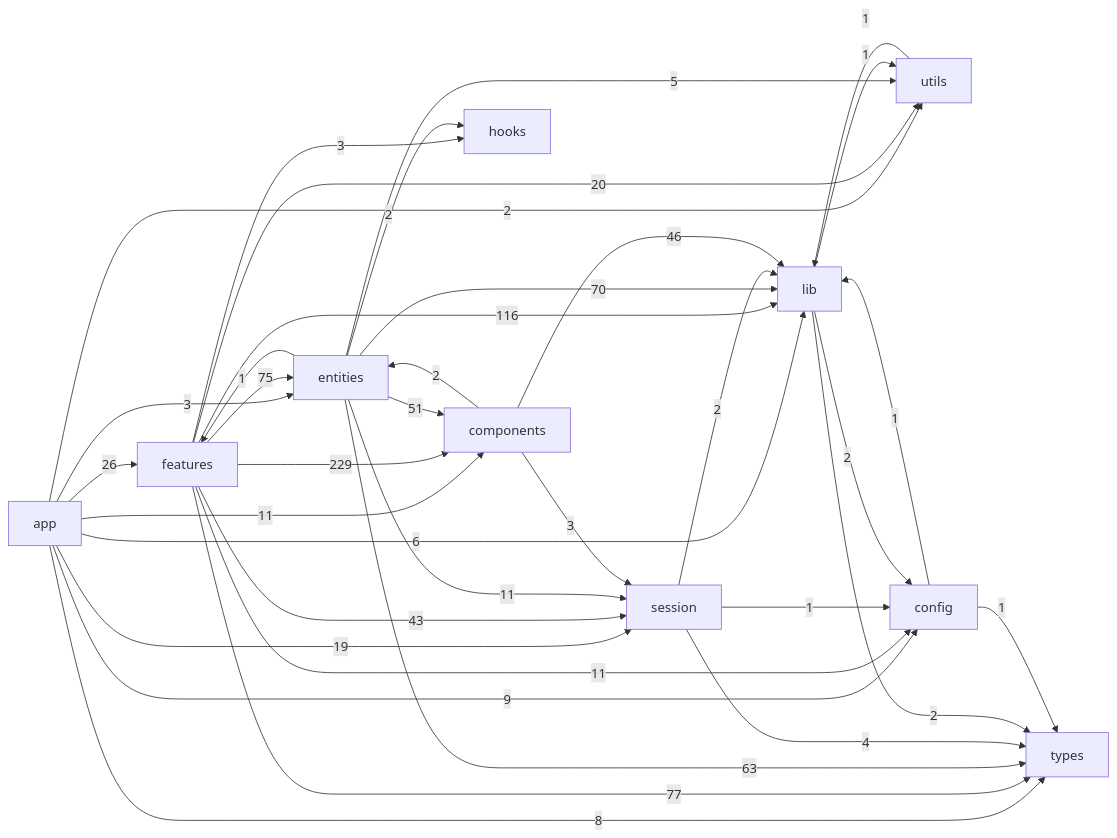
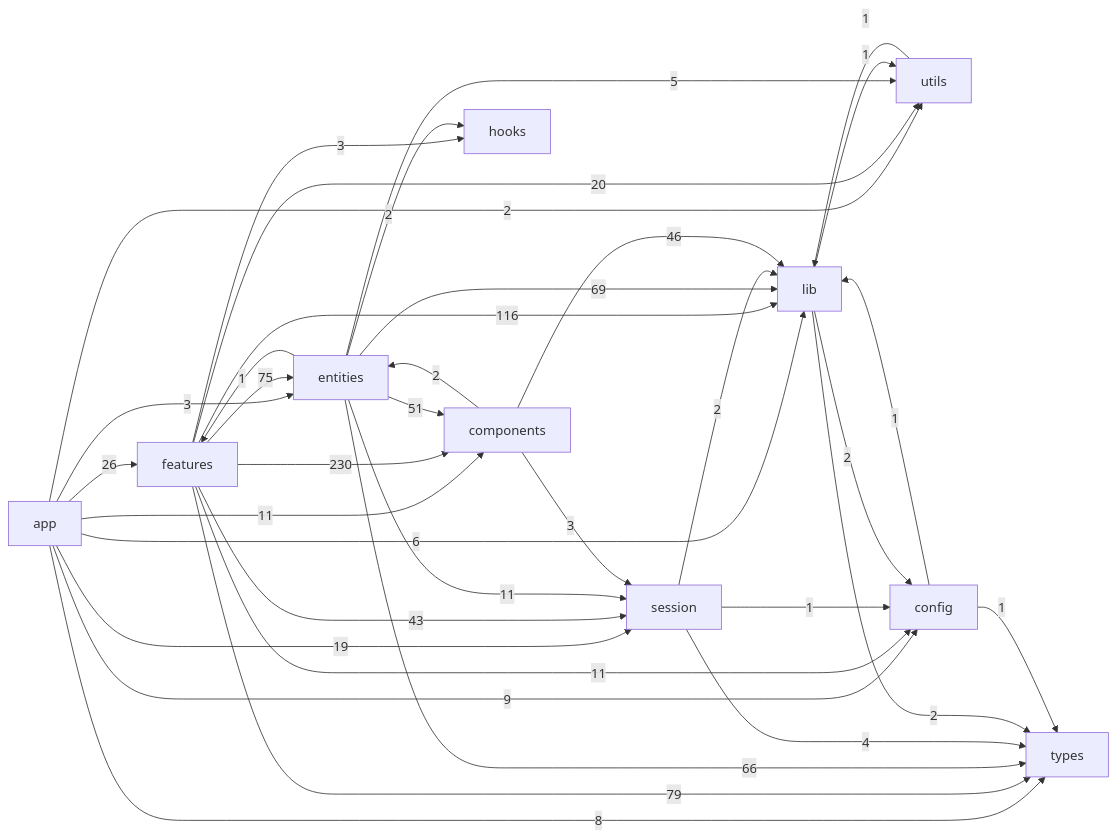
One commit to JohnnyZhao2/LMS changed the diagram in lms_frontend/docs/generated/feature-dependency-graph.md. Above: the diagram before and after it, drawn with Mermaid. The commit also changed other lines of this file, not shown here.

Commit message:
fix(docs): 更新特性依赖图中的组件和类型引用 - 修正了特性依赖图中组件和类型的引用数量，确保文档的准确性。 - 更新了相关的依赖关系，以反映最新的代码结构和组件数量。

````diff
--- a/lms_frontend/docs/generated/feature-dependency-graph.md
+++ b/lms_frontend/docs/generated/feature-dependency-graph.md
@@ -7,48 +7,48 @@
 ```mermaid
 flowchart LR
   app["app"]
   features["features"]
   entities["entities"]
   session["session"]
   components["components"]
   hooks["hooks"]
   lib["lib"]
   utils["utils"]
   config["config"]
   types["types"]
   app -->|26| features
   app -->|3| entities
   app -->|19| session
   app -->|11| components
   app -->|6| lib
   app -->|2| utils
   app -->|9| config
   app -->|8| types
   features -->|75| entities
   features -->|43| session
-  features -->|229| components
+  features -->|230| components
   features -->|3| hooks
   features -->|116| lib
   features -->|20| utils
   features -->|11| config
-  features -->|77| types
+  features -->|79| types
   entities -->|1| features
   entities -->|11| session
   entities -->|51| components
   entities -->|2| hooks
-  entities -->|70| lib
+  entities -->|69| lib
   entities -->|5| utils
-  entities -->|63| types
+  entities -->|66| types
   session -->|2| lib
   session -->|1| config
   session -->|4| types
   components -->|2| entities
   components -->|3| session
   components -->|46| lib
   lib -->|1| utils
   lib -->|2| config
   lib -->|2| types
   utils -->|1| lib
   config -->|1| lib
   config -->|1| types
 ```
````
